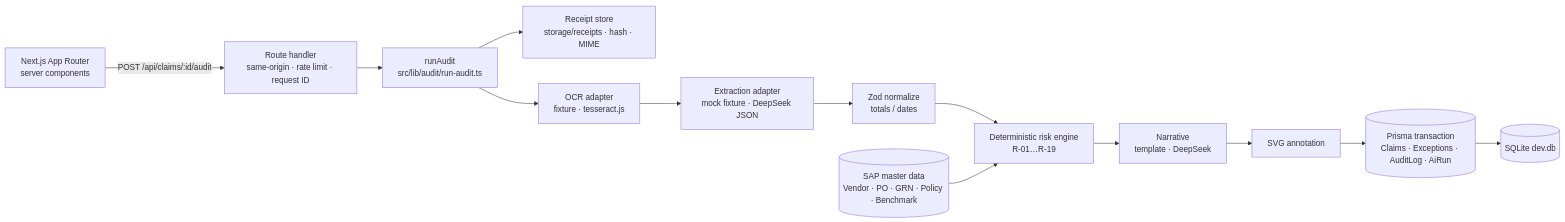
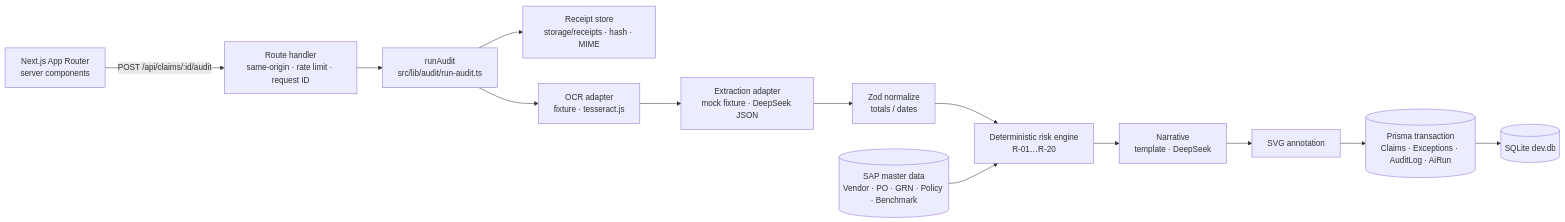
The diagram in docs/ARCHITECTURE.md (Szlqjc1/claimpilot-pro), drawn with Mermaid before and after one commit. The commit also changed 13 other files, not shown here.

````diff
--- a/docs/ARCHITECTURE.md
+++ b/docs/ARCHITECTURE.md
@@ -3,15 +3,15 @@
 ```mermaid
 flowchart LR
   UI[Next.js App Router<br/>server components] -->|POST /api/claims/:id/audit| API[Route handler<br/>same-origin · rate limit · request ID]
   API --> SVC[runAudit<br/>src/lib/audit/run-audit.ts]
   SVC --> RCPT[Receipt store<br/>storage/receipts · hash · MIME]
   SVC --> OCR[OCR adapter<br/>fixture · tesseract.js]
   OCR --> EXT[Extraction adapter<br/>mock fixture · DeepSeek JSON]
   EXT --> ZOD[Zod normalize<br/>totals / dates]
-  ZOD --> RISK[Deterministic risk engine<br/>R-01…R-19]
+  ZOD --> RISK[Deterministic risk engine<br/>R-01…R-20]
   RISK --> NAR[Narrative<br/>template · DeepSeek]
   NAR --> ANN[SVG annotation]
   ANN --> TX[(Prisma transaction<br/>Claims · Exceptions · AuditLog · AiRun)]
   TX --> DB[(SQLite dev.db)]
   SAP[(SAP master data<br/>Vendor · PO · GRN · Policy · Benchmark)] --> RISK
 ```
````
